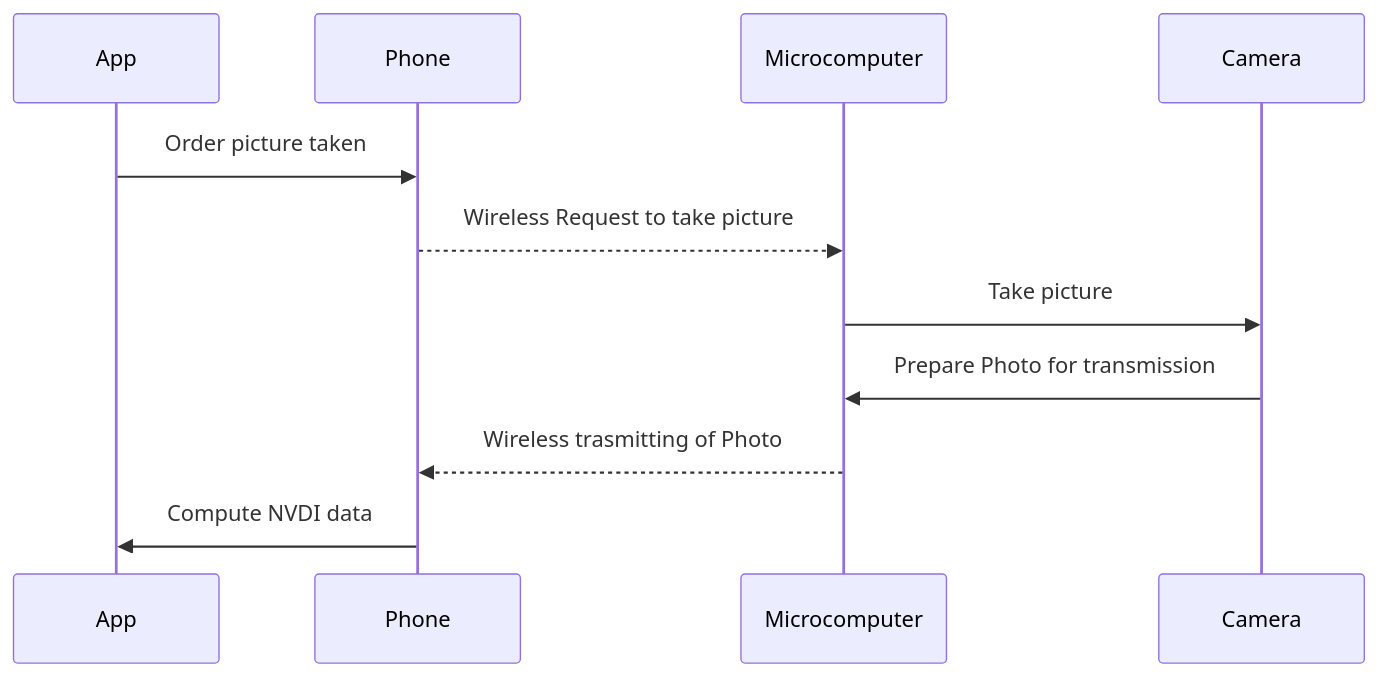
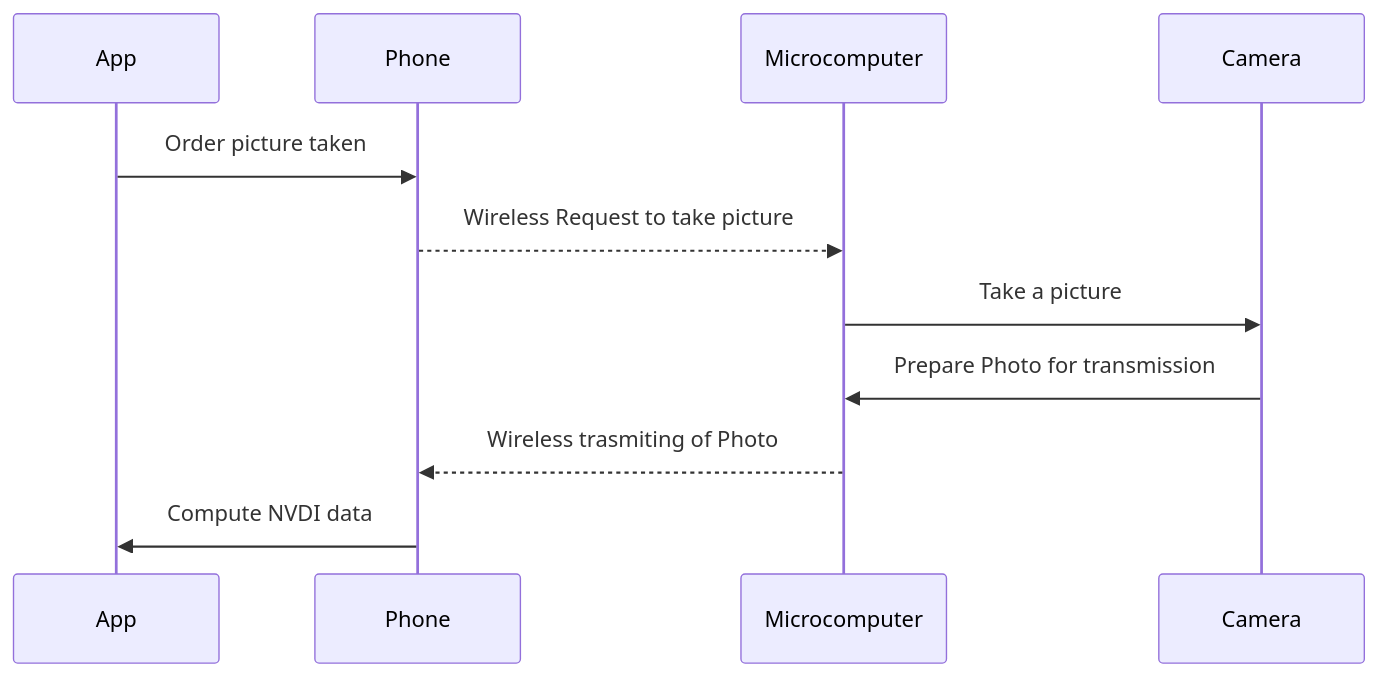
Before and after one commit to nguzinski/Eye-In-The-Sky: the diagram in README.md, drawn with Mermaid. The commit also changed other lines of this file, not shown here.

````diff
--- a/README.md
+++ b/README.md
@@ -18,10 +18,10 @@
 ```mermaid
 sequenceDiagram
 App ->> Phone: Order picture taken
 Phone -->> Microcomputer: Wireless Request to take picture
-Microcomputer ->> Camera: Take picture
-Camera ->> Microcomputer:Prepare Photo for transmission
-Microcomputer -->> Phone: Wireless trasmitting of Photo
+Microcomputer ->> Camera: Take a picture
+Camera ->> Microcomputer: Prepare Photo for transmission
+Microcomputer -->> Phone: Wireless trasmiting of Photo
 Phone ->> App: Compute NVDI data
 
 ```
````
